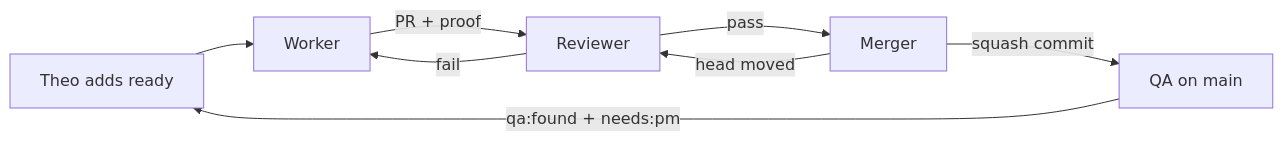
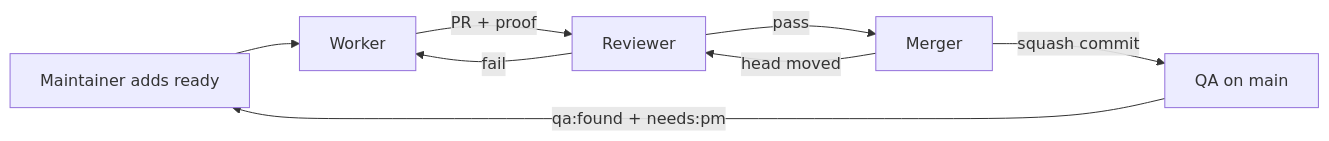
Before and after one commit to tvararu/tuicraft: the diagram in docs/factory.md, drawn with Mermaid. The commit also changed other lines of this file and 14 other files, not shown here.

First line of the commit message:
chore: Say maintainer, not Theo, in agent docs

````diff
--- a/docs/factory.md
+++ b/docs/factory.md
@@ -8,10 +8,10 @@
 ```mermaid
 flowchart LR
-  T[Theo adds ready] --> W[Worker]
+  T[Maintainer adds ready] --> W[Worker]
   W -->|PR + proof| R[Reviewer]
   R -->|fail| W
   R -->|pass| M[Merger]
   M -->|head moved| R
   M -->|squash commit| Q[QA on main]
   Q -->|qa:found + needs:pm| T
 ```
````
